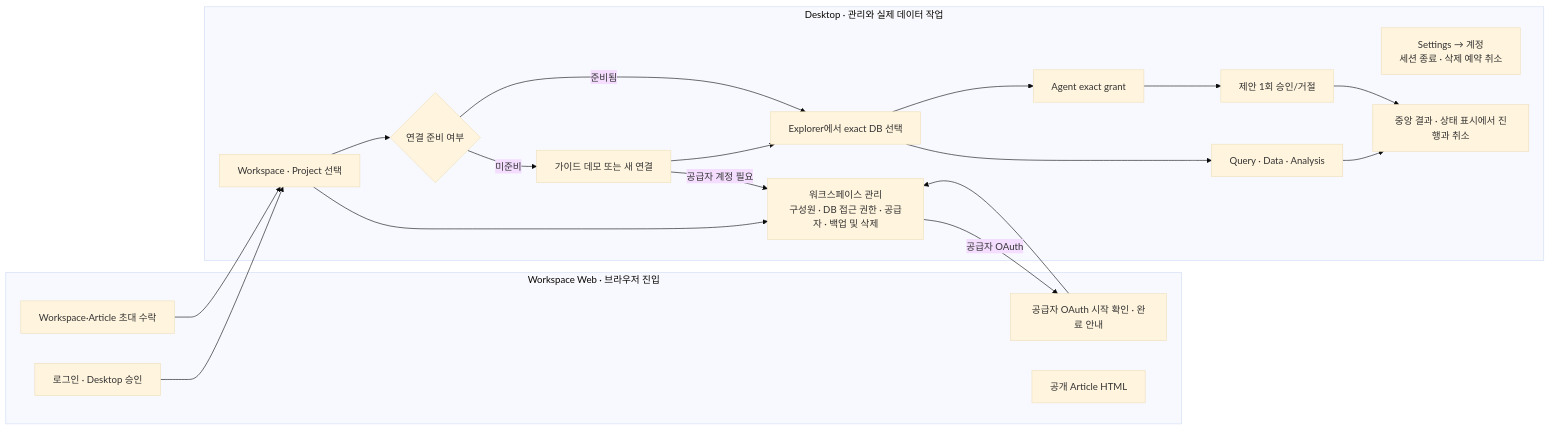
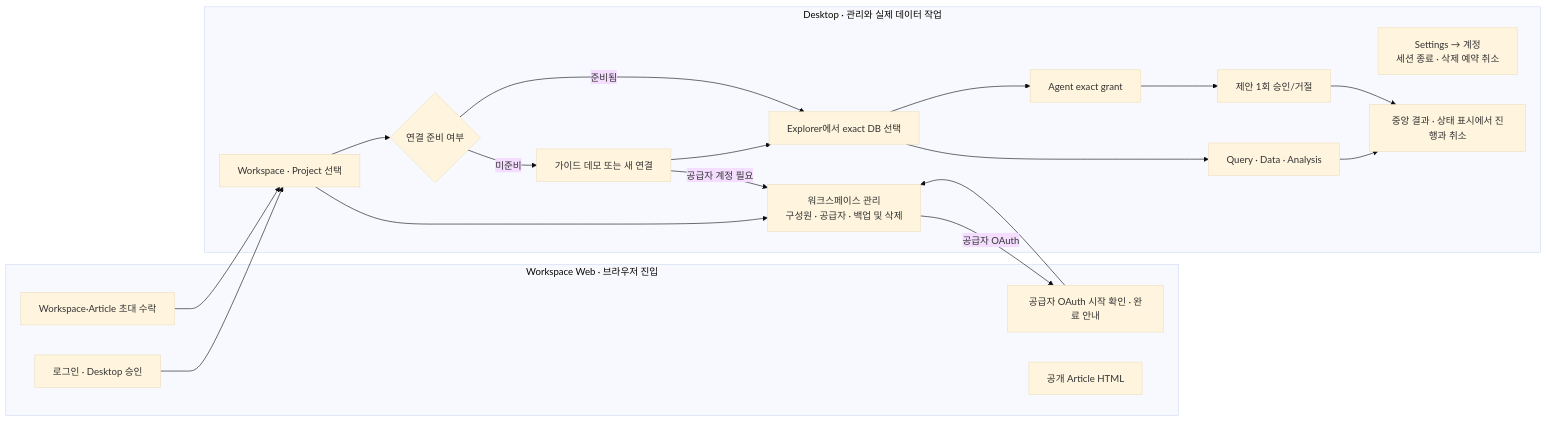
Before and after one commit to json-choi/dopedb: the diagram in docs/PRODUCT_UI_SCOPE.md, drawn with Mermaid (base theme). The commit also changed other lines of this file and 100 other files, not shown here.

````diff
--- a/docs/PRODUCT_UI_SCOPE.md
+++ b/docs/PRODUCT_UI_SCOPE.md
@@ -27,33 +27,33 @@
 ```mermaid
 flowchart LR
   subgraph Browser[Workspace Web · 브라우저 진입]
     B0[로그인 · Desktop 승인]
     B1[Workspace·Article 초대 수락]
     B2[공급자 OAuth 시작 확인 · 완료 안내]
     B3[공개 Article HTML]
   end
 
   subgraph Desktop[Desktop · 관리와 실제 데이터 작업]
-    A0[워크스페이스 관리<br/>구성원 · DB 접근 권한 · 공급자 · 백업 및 삭제]
+    A0[워크스페이스 관리<br/>구성원 · 공급자 · 백업 및 삭제]
     A1[Settings → 계정<br/>세션 종료 · 삭제 예약 취소]
     D0[Workspace · Project 선택]
     D1{연결 준비 여부}
     D2[가이드 데모 또는 새 연결]
     D3[Explorer에서 exact DB 선택]
     D4[Query · Data · Analysis]
     D5[Agent exact grant]
     D6[제안 1회 승인/거절]
     D7[중앙 결과 · 상태 표시에서 진행과 취소]
     D0 --> D1
     D1 -- 미준비 --> D2 --> D3
     D1 -- 준비됨 --> D3
     D3 --> D4 --> D7
     D3 --> D5 --> D6 --> D7
     D0 --> A0
     D2 -- 공급자 계정 필요 --> A0
   end
 
   B0 --> D0
   B1 --> D0
   A0 -- 공급자 OAuth --> B2 --> A0
 ```
````
